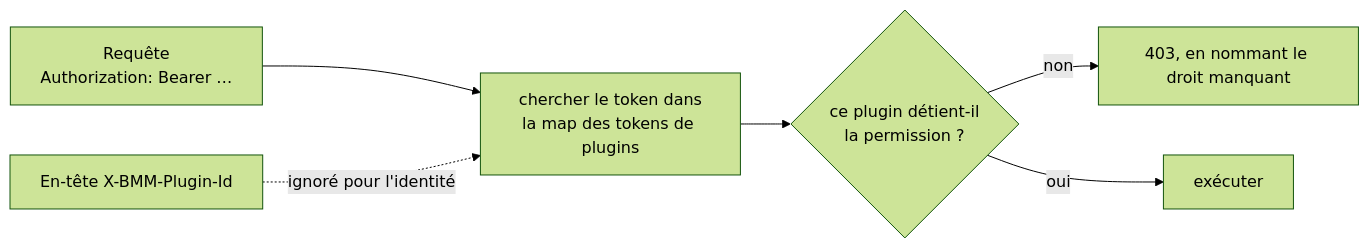
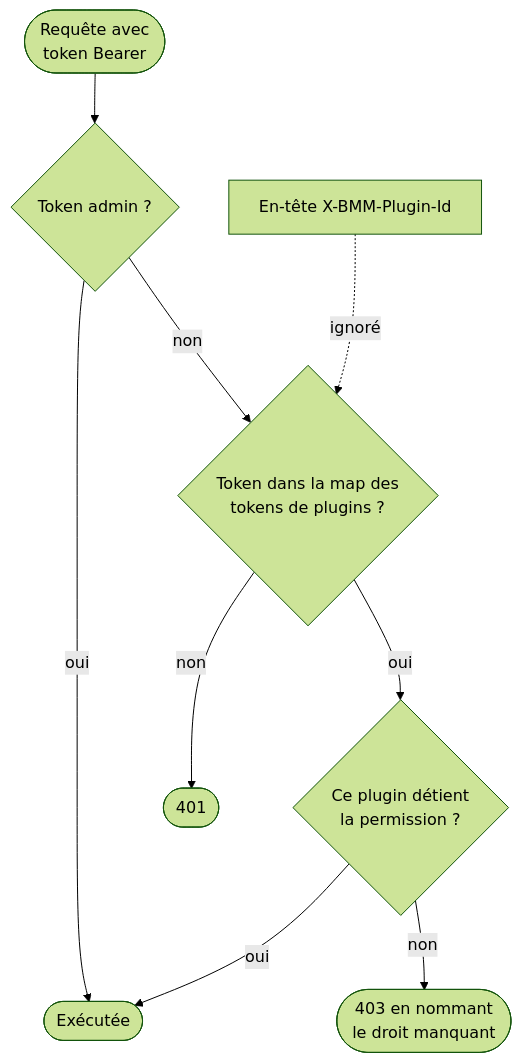
One commit to FreeProject089/BetterModsManager changed the second of 3 diagrams in frontend/assets/docs/fr/how-it-works/security.md. Above: the diagram before and after it, drawn with Mermaid (forest theme). The commit also changed other lines of this file and 176 other files, not shown here.

````diff
--- a/frontend/assets/docs/fr/how-it-works/security.md
+++ b/frontend/assets/docs/fr/how-it-works/security.md
@@ -87,8 +87,11 @@
 ```mermaid
-flowchart LR
-    REQ["Requête<br/>Authorization: Bearer …"] --> LOOK["chercher le token dans<br/>la map des tokens de plugins"]
-    HDR["En-tête X-BMM-Plugin-Id"] -. "ignoré pour l'identité" .-> LOOK
-    LOOK --> PERM{"ce plugin détient-il<br/>la permission ?"}
-    PERM -- non --> F403["403, en nommant le droit manquant"]
-    PERM -- oui --> RUN["exécuter"]
+flowchart TD
+    REQ(["Requête avec<br/>token Bearer"]) --> ADMIN{"Token admin ?"}
+    ADMIN -- "oui" --> RUN(["Exécutée"])
+    ADMIN -- "non" --> LOOK{"Token dans la map des<br/>tokens de plugins ?"}
+    HDR["En-tête X-BMM-Plugin-Id"] -. "ignoré" .-> LOOK
+    LOOK -- "non" --> F401(["401"])
+    LOOK -- "oui" --> PERM{"Ce plugin détient<br/>la permission ?"}
+    PERM -- "oui" --> RUN
+    PERM -- "non" --> F403(["403 en nommant<br/>le droit manquant"])
 ```
````
